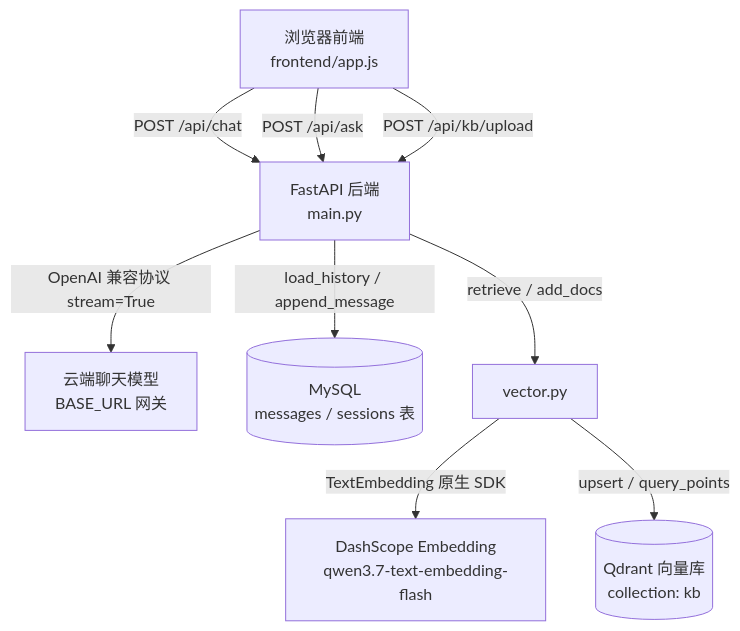
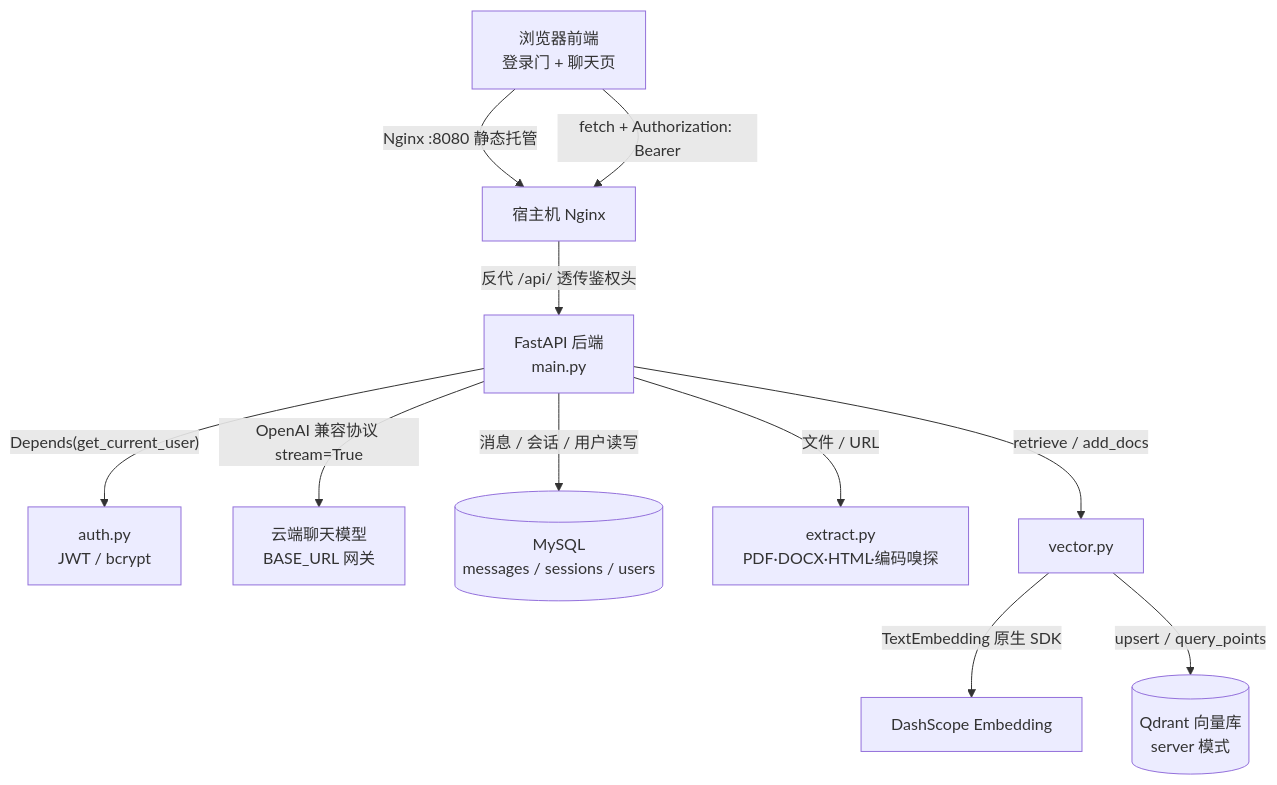
The diagram in README.md (zuoxiangf/mini_qianwen), drawn with Mermaid before and after one commit. The commit also changed other lines of this file and 11 other files, not shown here.

````diff
--- a/README.md
+++ b/README.md
@@ -34,11 +38,13 @@
 ```mermaid
 graph TB
-    A[浏览器前端<br/>frontend/app.js] -->|"POST /api/chat"| B[FastAPI 后端<br/>main.py]
-    A -->|"POST /api/ask"| B
-    A -->|"POST /api/kb/upload"| B
-    B -->|"OpenAI 兼容协议 stream=True"| C[云端聊天模型<br/>BASE_URL 网关]
-    B -->|"load_history / append_message"| D[(MySQL<br/>messages / sessions 表)]
-    B -->|"retrieve / add_docs"| E[vector.py]
-    E -->|"TextEmbedding 原生 SDK"| F[DashScope Embedding<br/>qwen3.7-text-embedding-flash]
-    E -->|"upsert / query_points"| G[(Qdrant 向量库<br/>collection: kb)]
+    A[浏览器前端<br/>登录门 + 聊天页] -->|Nginx :8080 静态托管| N[宿主机 Nginx]
+    A -->|"fetch + Authorization: Bearer"| N
+    N -->|反代 /api/ 透传鉴权头| B[FastAPI 后端<br/>main.py]
+    B -->|"Depends(get_current_user)"| AU[auth.py<br/>JWT / bcrypt]
+    B -->|OpenAI 兼容协议 stream=True| C[云端聊天模型<br/>BASE_URL 网关]
+    B -->|消息 / 会话 / 用户读写| D[(MySQL<br/>messages / sessions / users)]
+    B -->|文件 / URL| EX[extract.py<br/>PDF·DOCX·HTML·编码嗅探]
+    B -->|retrieve / add_docs| E[vector.py]
+    E -->|TextEmbedding 原生 SDK| F[DashScope Embedding]
+    E -->|upsert / query_points| G[(Qdrant 向量库<br/>server 模式)]
 ```
````
